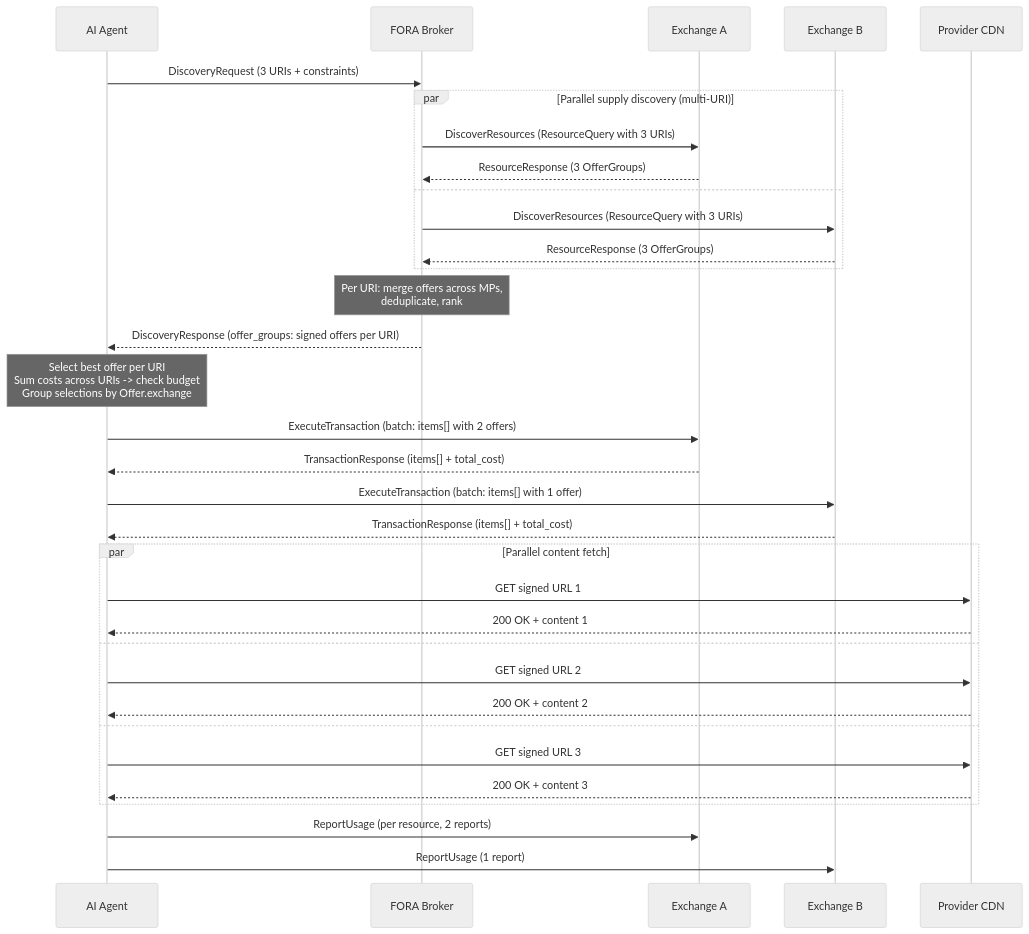
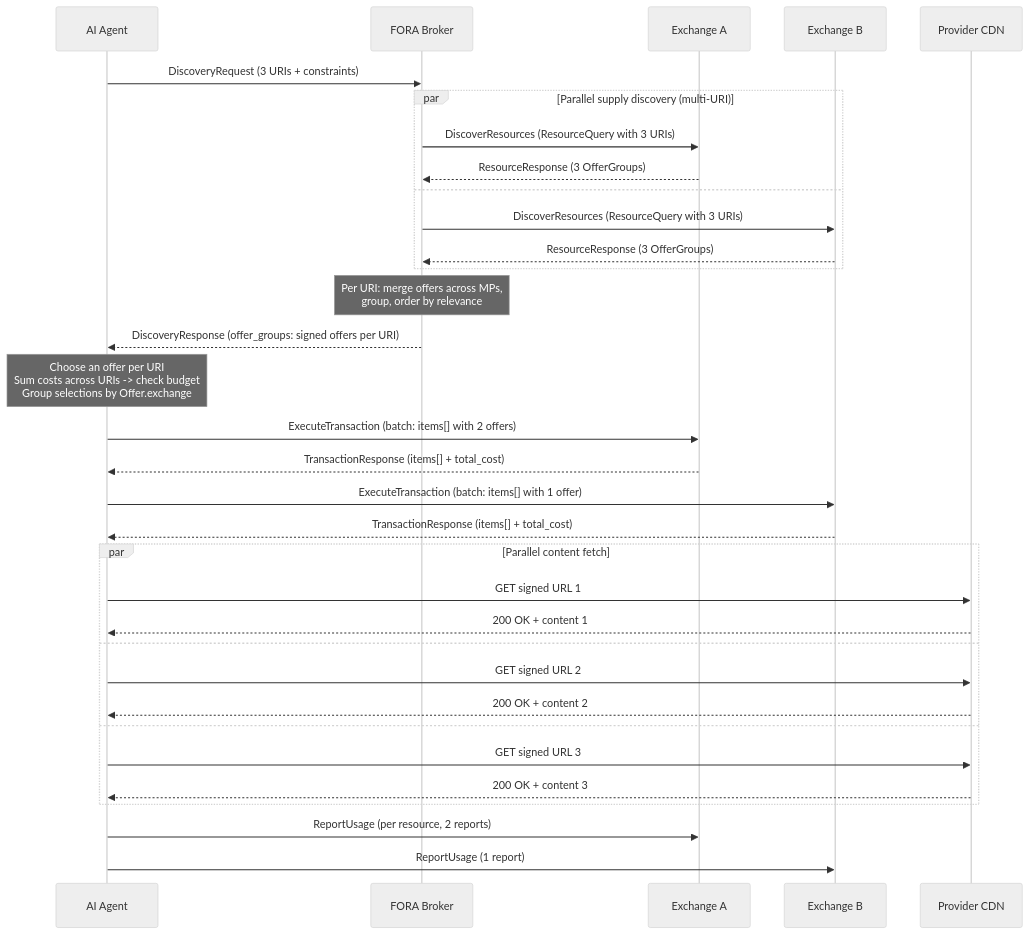
Before and after one commit to FORA-Protocol/protocol: the fifth of 6 diagrams in website/src/content/docs/protocol/discovery-paths.mdx, drawn with Mermaid (neutral theme). The commit also changed other lines of this file and 20 other files, not shown here.

First line of the commit message:
Docs: the Broker orders offers by relevance; the agent decides

````diff
--- a/website/src/content/docs/protocol/discovery-paths.mdx
+++ b/website/src/content/docs/protocol/discovery-paths.mdx
@@ -245,44 +245,44 @@
 ```mermaid
 sequenceDiagram
     participant Agent as AI Agent
     participant Orch as FORA Broker
     participant MPA as Exchange A
     participant MPB as Exchange B
     participant CDN as Provider CDN
 
     Agent->>Orch: DiscoveryRequest (3 URIs + constraints)
 
     par Parallel supply discovery (multi-URI)
         Orch->>MPA: DiscoverResources (ResourceQuery with 3 URIs)
         MPA-->>Orch: ResourceResponse (3 OfferGroups)
     and
         Orch->>MPB: DiscoverResources (ResourceQuery with 3 URIs)
         MPB-->>Orch: ResourceResponse (3 OfferGroups)
     end
 
-    Note over Orch: Per URI: merge offers across MPs,<br/>deduplicate, rank
+    Note over Orch: Per URI: merge offers across MPs,<br/>group, order by relevance
 
     Orch-->>Agent: DiscoveryResponse (offer_groups: signed offers per URI)
 
-    Note over Agent: Select best offer per URI<br/>Sum costs across URIs -> check budget<br/>Group selections by Offer.exchange
+    Note over Agent: Choose an offer per URI<br/>Sum costs across URIs -> check budget<br/>Group selections by Offer.exchange
 
     Agent->>MPA: ExecuteTransaction (batch: items[] with 2 offers)
     MPA-->>Agent: TransactionResponse (items[] + total_cost)
 
     Agent->>MPB: ExecuteTransaction (batch: items[] with 1 offer)
     MPB-->>Agent: TransactionResponse (items[] + total_cost)
 
     par Parallel content fetch
         Agent->>CDN: GET signed URL 1
         CDN-->>Agent: 200 OK + content 1
     and
         Agent->>CDN: GET signed URL 2
         CDN-->>Agent: 200 OK + content 2
     and
         Agent->>CDN: GET signed URL 3
         CDN-->>Agent: 200 OK + content 3
     end
 
     Agent->>MPA: ReportUsage (per resource, 2 reports)
     Agent->>MPB: ReportUsage (1 report)
 ```
````
